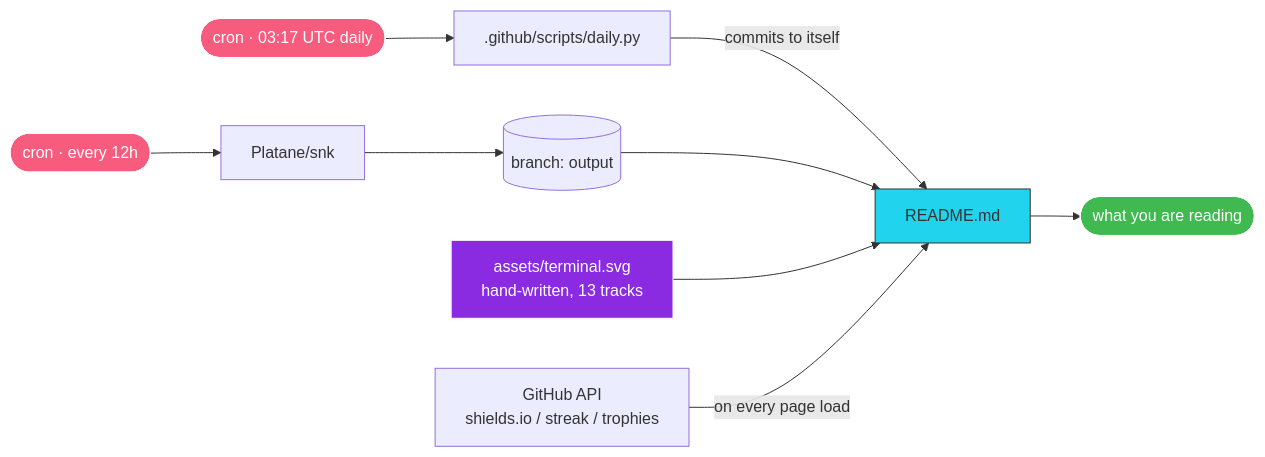
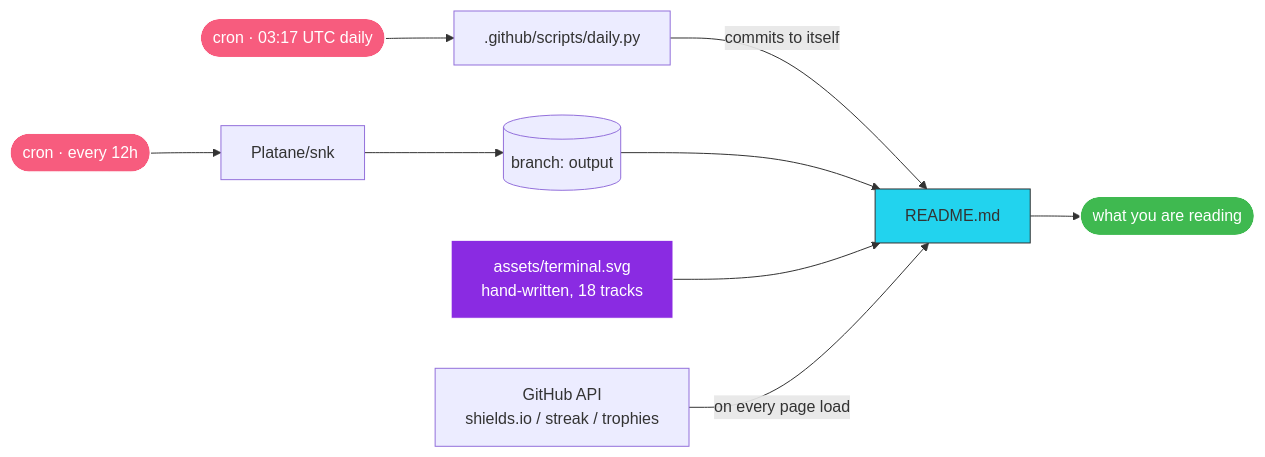
One commit to Amithkrishna29z/Amithkrishna29z changed the seventh of 7 diagrams in README.md. Above: the diagram before and after it, drawn with Mermaid. The commit also changed other lines of this file and 1 other file, not shown here.

````diff
--- a/README.md
+++ b/README.md
@@ -980,17 +980,17 @@
 ```mermaid
 flowchart LR
     C1(["cron · every 12h"]) --> SNK[Platane/snk]
     SNK --> OB[("branch: output")]
     C2(["cron · 03:17 UTC daily"]) --> PY[".github/scripts/daily.py"]
     PY -->|commits to itself| RM
     OB --> RM[README.md]
-    SVG["assets/terminal.svg<br/>hand-written, 13 tracks"] --> RM
+    SVG["assets/terminal.svg<br/>hand-written, 18 tracks"] --> RM
     API["GitHub API<br/>shields.io / streak / trophies"] -->|on every page load| RM
     RM --> YOU([what you are reading])
 
     style C1 fill:#F75C7E,stroke:#ffffff,color:#ffffff
     style C2 fill:#F75C7E,stroke:#ffffff,color:#ffffff
     style SVG fill:#8A2BE2,stroke:#ffffff,color:#ffffff
     style RM fill:#22D3EE,stroke:#333333,color:#333333
     style YOU fill:#3FB950,stroke:#ffffff,color:#ffffff
 ```
````
